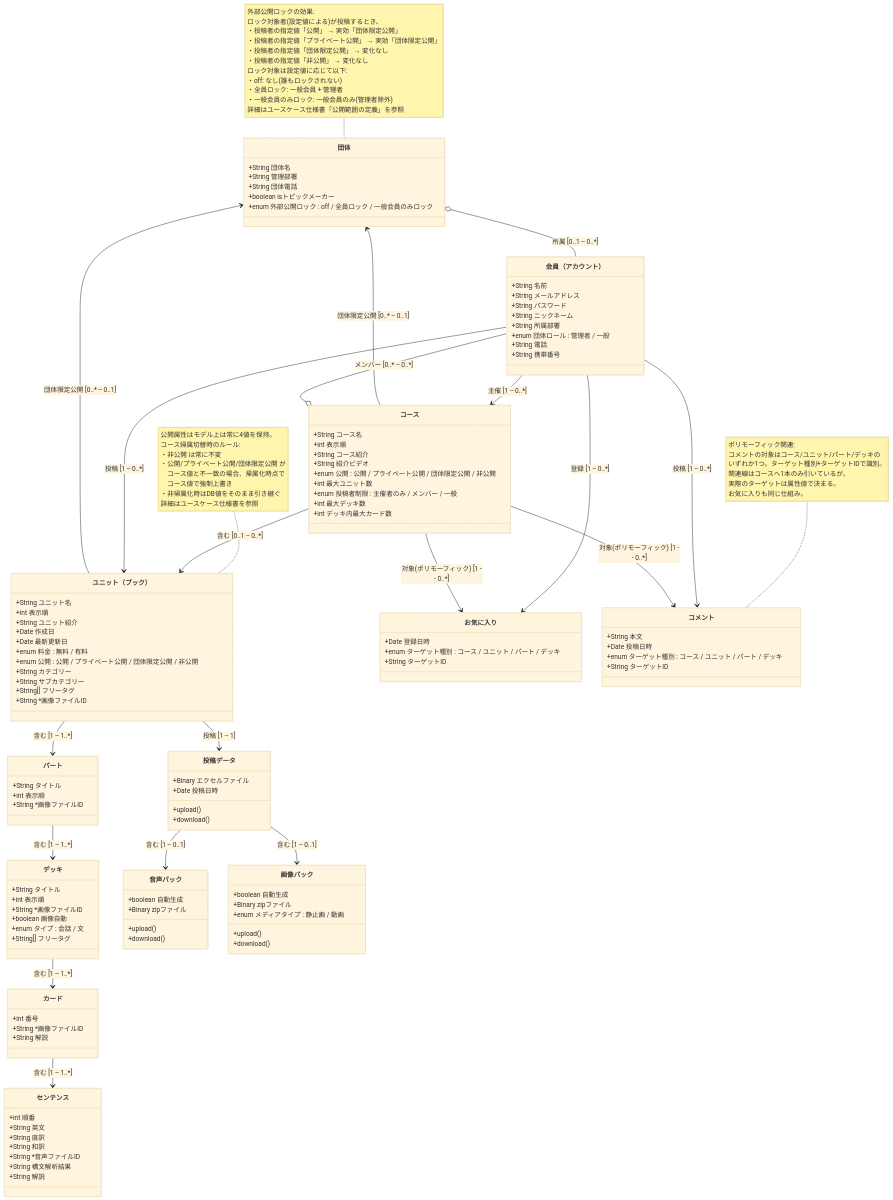
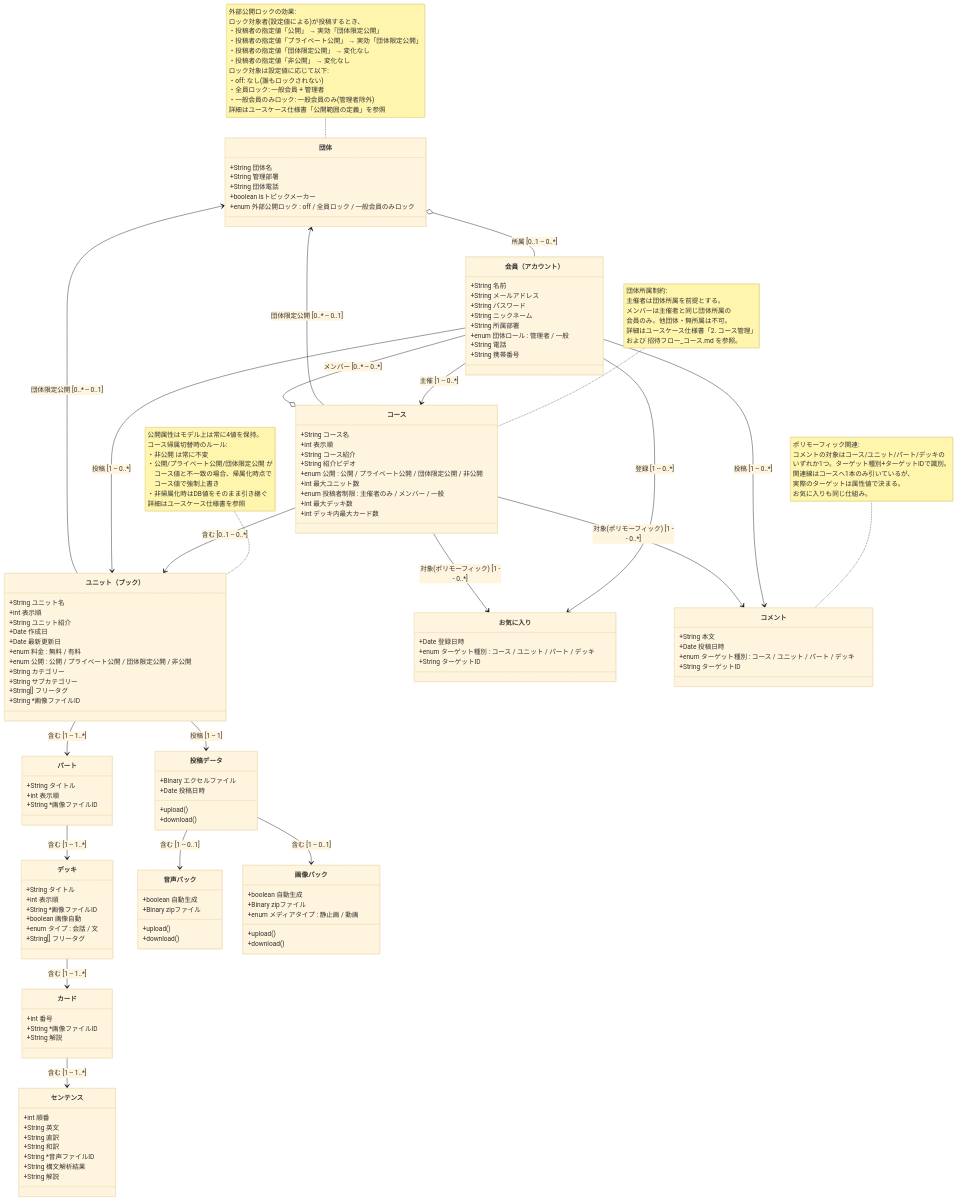
The diagram in choi/ちょい英語ミニブック投稿システム_概念モデル図.mermaid (topicmaker-git/Pages), drawn with Mermaid (base theme) before and after one commit. The commit also changed 2 other files, not shown here.

```diff
--- a/choi/ちょい英語ミニブック投稿システム_概念モデル図.mermaid
+++ b/choi/ちょい英語ミニブック投稿システム_概念モデル図.mermaid
@@ -60,6 +60,15 @@
 
     %% === コース ===
     %% 公開enum: 公開 / プライベート公開(URL知る者のみ) / 団体限定公開 / 非公開
+    %%
+    %% 主催者・メンバーの団体所属制約:
+    %% コースは主催者の所属団体内における共同作業の場として閉じている。
+    %% ・主催者は団体所属を前提とする(無所属会員はコースを作らない)
+    %% ・メンバーは主催者と同じ団体に所属する会員のみ
+    %% ・他団体所属者・無所属会員はメンバーになれない
+    %% ・団体管理者の上位権限としても、この制約は外れない
+    %% コースは概念モデル上は団体に直接の関連線を持たないが、主催者
+    %% (Account) の所属団体を介して間接的に1団体に紐づく。
     class コース {
         +String コース名
         +int 表示順
@@ -71,6 +80,13 @@
         +int 最大デッキ数
         +int デッキ内最大カード数
     }
+
+    note for コース "団体所属制約:
+主催者は団体所属を前提とする。
+メンバーは主催者と同じ団体所属の
+会員のみ。他団体・無所属は不可。
+詳細はユースケース仕様書「2. コース管理」
+および 招待フロー_コース.md を参照。"
 
     %% === ユニット（ブック） ===
     %% 公開enum: 4値。モデル上は常に4値のいずれかを保持する。
```
